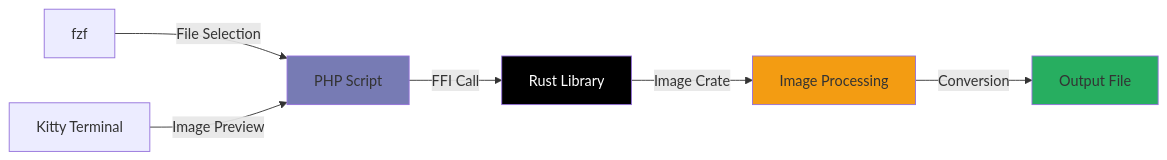
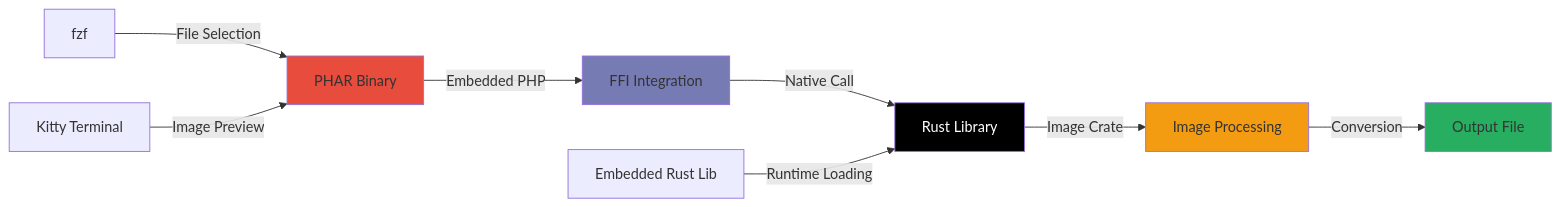
Before and after one commit to manish-ach/image-converter: the diagram in README.md, drawn with Mermaid. The commit also changed other lines of this file and 6 other files, not shown here.

````diff
--- a/README.md
+++ b/README.md
@@ -244,14 +273,17 @@
 ```mermaid
 graph LR
-    A[PHP Script] -->|FFI Call| B[Rust Library]
-    B -->|Image Crate| C[Image Processing]
-    C -->|Conversion| D[Output File]
+    A[PHAR Binary] -->|Embedded PHP| B[FFI Integration]
+    B -->|Native Call| C[Rust Library]
+    C -->|Image Crate| D[Image Processing]
+    D -->|Conversion| E[Output File]
     
-    E[fzf] -->|File Selection| A
-    F[Kitty Terminal] -->|Image Preview| A
+    F[fzf] -->|File Selection| A
+    G[Kitty Terminal] -->|Image Preview| A
+    H[Embedded Rust Lib] -->|Runtime Loading| C
     
-    style A fill:#777BB4
-    style B fill:#000000,color:#fff
-    style C fill:#f39c12
-    style D fill:#27ae60
+    style A fill:#e74c3c
+    style B fill:#777BB4
+    style C fill:#000000,color:#fff
+    style D fill:#f39c12
+    style E fill:#27ae60
 ```
````
